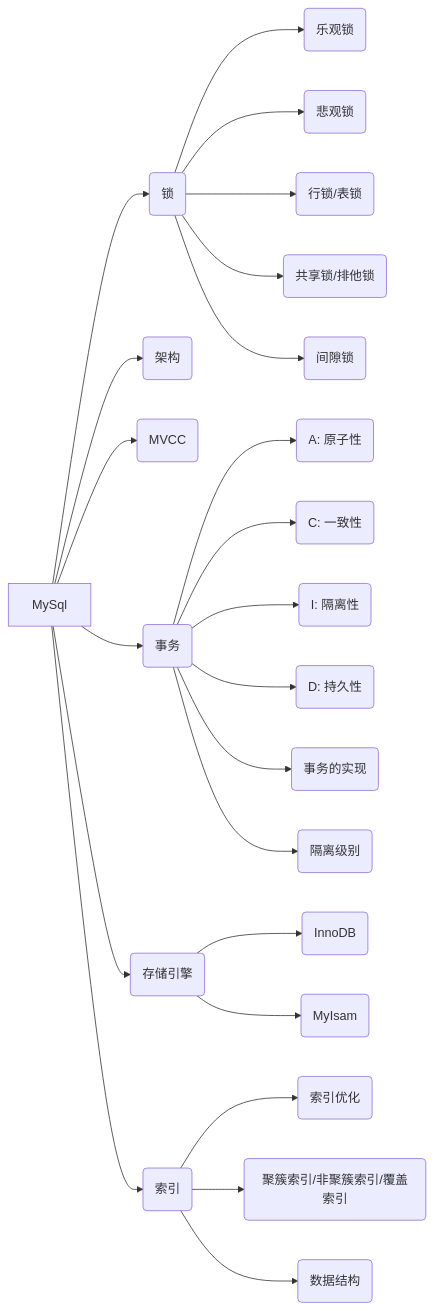
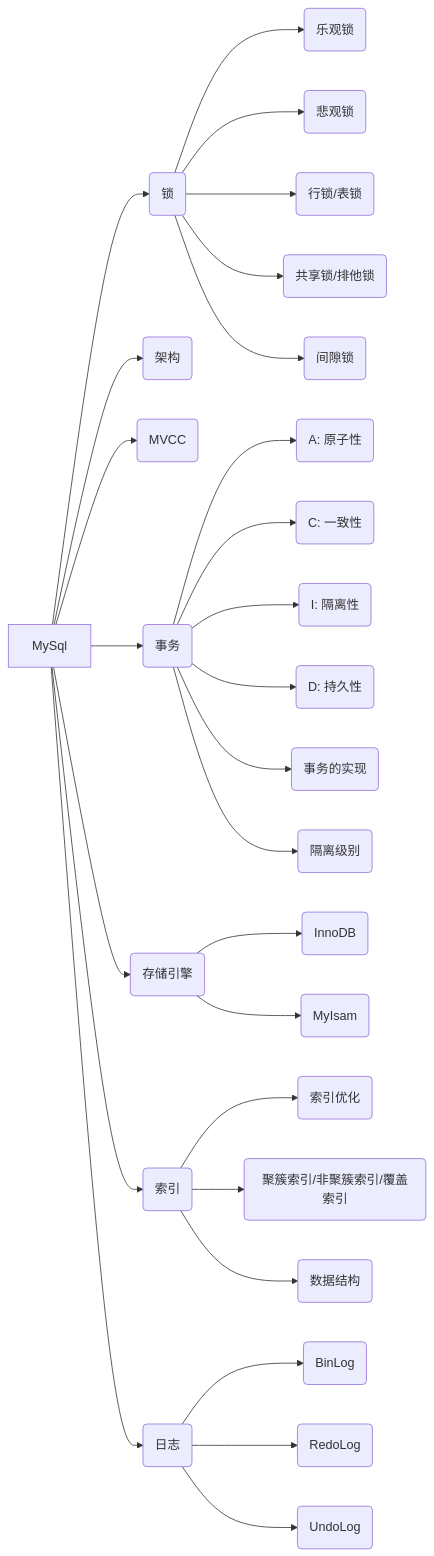
Before and after one commit to bigbangbear/start-java-interview: the diagram in mysql.md, drawn with Mermaid. The commit also changed other lines of this file and 2 other files, not shown here.

````diff
--- a/mysql.md
+++ b/mysql.md
@@ -2,30 +2,35 @@
 ```mermaid
 graph LR
 A[MySql] -->B(锁)
 A --> E(架构)
 
 A --> G(MVCC)
 
 B --> B2(乐观锁)
 B --> B3(悲观锁)
 B --> B4(行锁/表锁)
 B --> B5(共享锁/排他锁)
 B --> B6(间隙锁)
 
 A --> C(事务) 
 C --> C1(A: 原子性)
 C --> C2(C: 一致性)
 C --> C3(I: 隔离性)
 C --> C4(D: 持久性)
 C --> C5(事务的实现)
 C --> C6(隔离级别)
 
 A --> D(存储引擎)
 D --> D1(InnoDB)
 D --> D2(MyIsam)
 
 A --> F(索引)
 F --> F1(索引优化)
 F --> F2(聚簇索引/非聚簇索引/覆盖索引)
 F --> F3(数据结构)
+
+A --> H(日志)
+H --> H1(BinLog)
+H --> H2(RedoLog)
+H --> H3(UndoLog)
 ```
````
